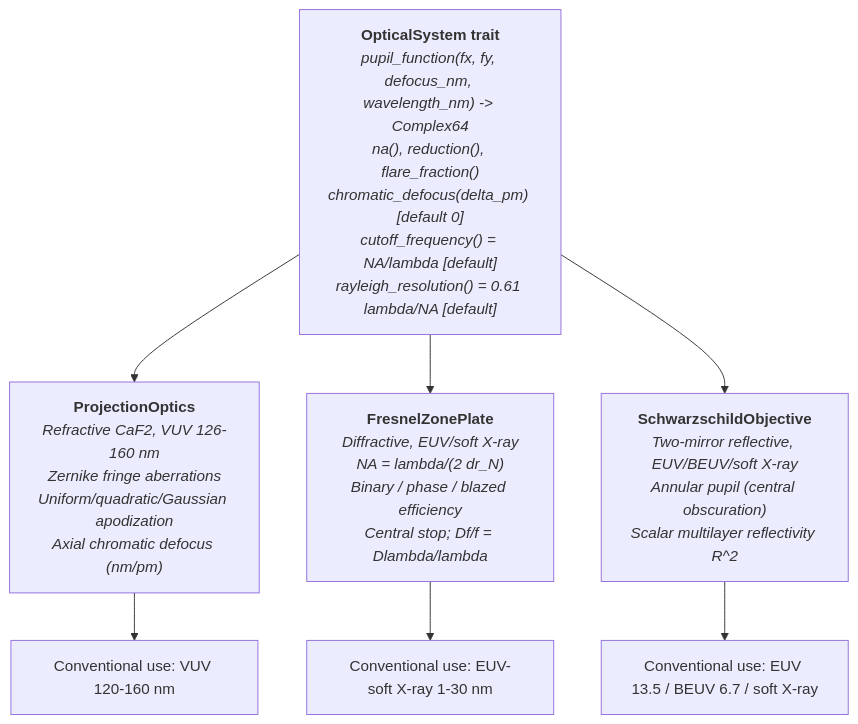
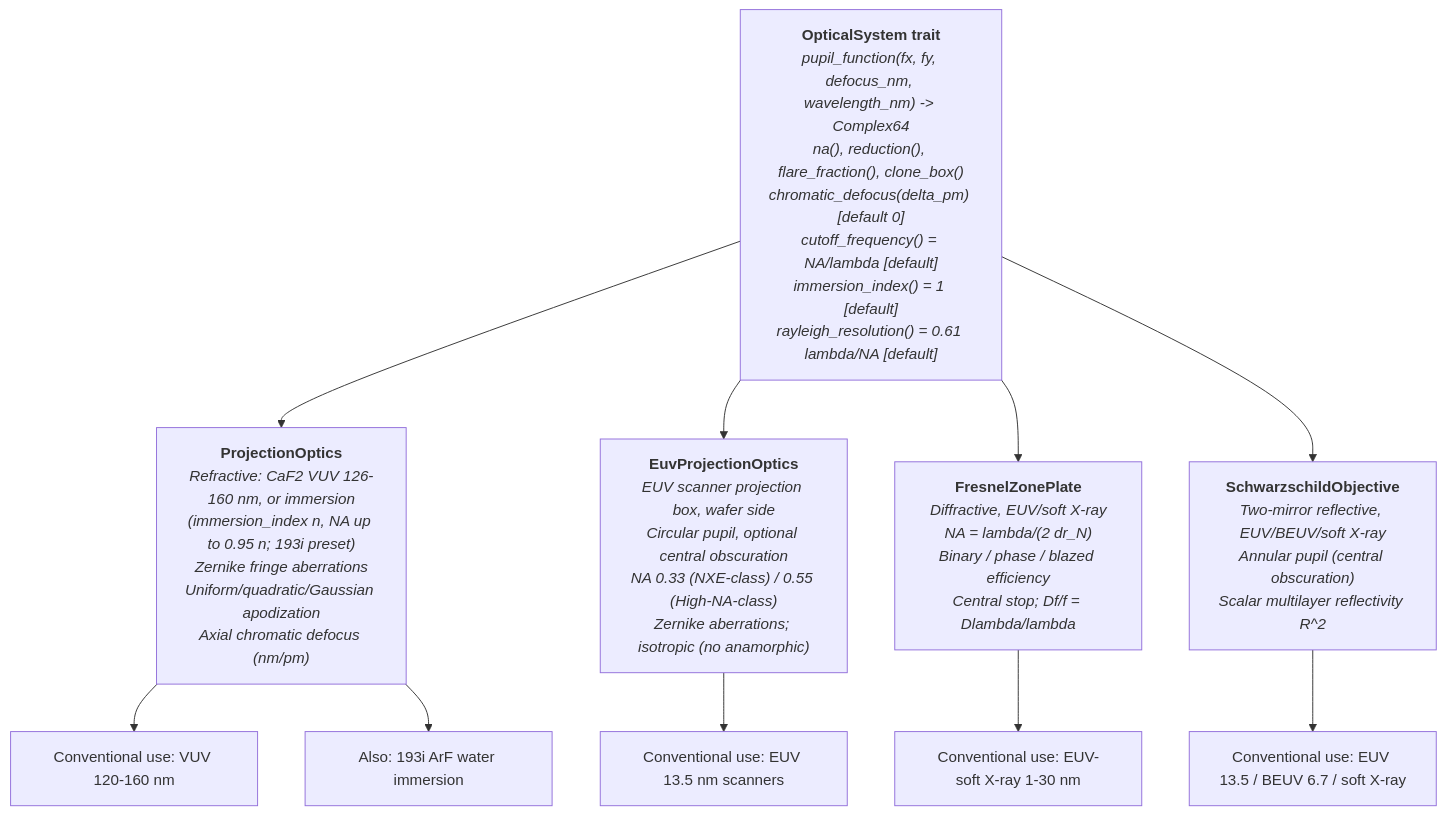
The diagram in docs/optics.md (sonoransun/highuvlith), drawn with Mermaid before and after one commit. The commit also changed other lines of this file and 496 other files, not shown here.

````diff
--- a/docs/optics.md
+++ b/docs/optics.md
@@ -9,12 +9,15 @@
 ```mermaid
 graph TB
-    TRAIT["<b>OpticalSystem trait</b><br/><i>pupil_function(fx, fy, defocus_nm, wavelength_nm) -> Complex64<br/>na(), reduction(), flare_fraction()<br/>chromatic_defocus(delta_pm) [default 0]<br/>cutoff_frequency() = NA/lambda [default]<br/>rayleigh_resolution() = 0.61 lambda/NA [default]</i>"]
+    TRAIT["<b>OpticalSystem trait</b><br/><i>pupil_function(fx, fy, defocus_nm, wavelength_nm) -> Complex64<br/>na(), reduction(), flare_fraction(), clone_box()<br/>chromatic_defocus(delta_pm) [default 0]<br/>cutoff_frequency() = NA/lambda [default]<br/>immersion_index() = 1 [default]<br/>rayleigh_resolution() = 0.61 lambda/NA [default]</i>"]
 
-    TRAIT --> REF["<b>ProjectionOptics</b><br/><i>Refractive CaF2, VUV 126-160 nm<br/>Zernike fringe aberrations<br/>Uniform/quadratic/Gaussian apodization<br/>Axial chromatic defocus (nm/pm)</i>"]
+    TRAIT --> REF["<b>ProjectionOptics</b><br/><i>Refractive: CaF2 VUV 126-160 nm, or immersion<br/>(immersion_index n, NA up to 0.95 n; 193i preset)<br/>Zernike fringe aberrations<br/>Uniform/quadratic/Gaussian apodization<br/>Axial chromatic defocus (nm/pm)</i>"]
+    TRAIT --> EUVP["<b>EuvProjectionOptics</b><br/><i>EUV scanner projection box, wafer side<br/>Circular pupil, optional central obscuration<br/>NA 0.33 (NXE-class) / 0.55 (High-NA-class)<br/>Zernike aberrations; isotropic (no anamorphic)</i>"]
     TRAIT --> ZP["<b>FresnelZonePlate</b><br/><i>Diffractive, EUV/soft X-ray<br/>NA = lambda/(2 dr_N)<br/>Binary / phase / blazed efficiency<br/>Central stop; Df/f = Dlambda/lambda</i>"]
     TRAIT --> SCH["<b>SchwarzschildObjective</b><br/><i>Two-mirror reflective, EUV/BEUV/soft X-ray<br/>Annular pupil (central obscuration)<br/>Scalar multilayer reflectivity R^2</i>"]
 
     REF --> VUV["Conventional use: VUV 120-160 nm"]
     ZP --> XRAY["Conventional use: EUV-soft X-ray 1-30 nm"]
     SCH --> EUV["Conventional use: EUV 13.5 / BEUV 6.7 / soft X-ray"]
+    REF --> DUV["Also: 193i ArF water immersion"]
+    EUVP --> SCAN["Conventional use: EUV 13.5 nm scanners"]
 ```
````
